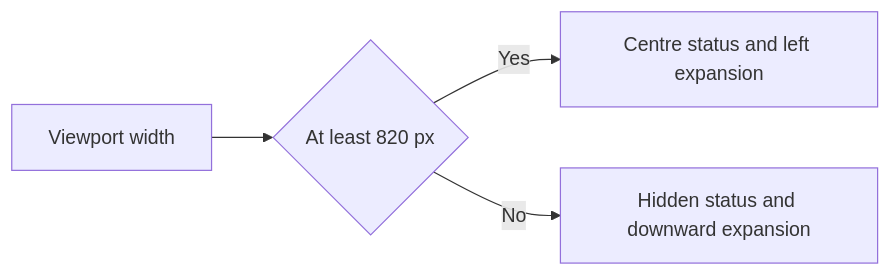
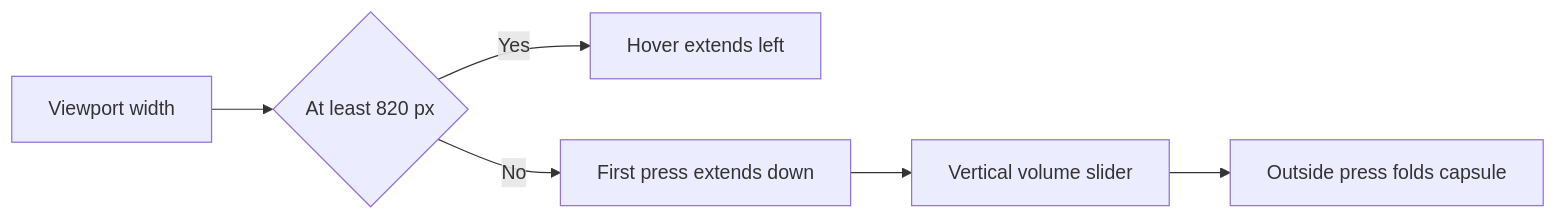
Before and after one commit to JaceDashS/hush-garden: the third of 3 diagrams in docs/design/app/10-garden.md, drawn with Mermaid. The commit also changed other lines of this file and 5 other files, not shown here.

First line of the commit message:
[fix] Unfold compact volume slider on press

````diff
--- a/docs/design/app/10-garden.md
+++ b/docs/design/app/10-garden.md
@@ -339,6 +341,8 @@
 ```mermaid
 flowchart LR
-    A[Viewport width] --> B{At least 820 px}
-    B -->|Yes| C[Centre status and left expansion]
-    B -->|No| D[Hidden status and downward expansion]
+    A["Viewport width"] --> B{"At least 820 px"}
+    B -->|Yes| C["Hover extends left"]
+    B -->|No| D["First press extends down"]
+    D --> E["Vertical volume slider"]
+    E --> F["Outside press folds capsule"]
 ```
````
